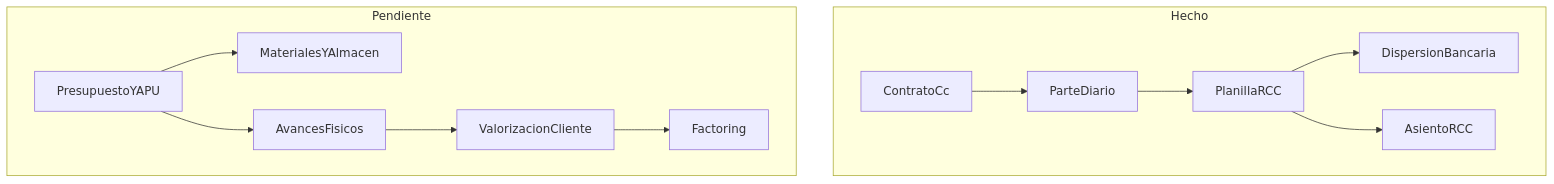
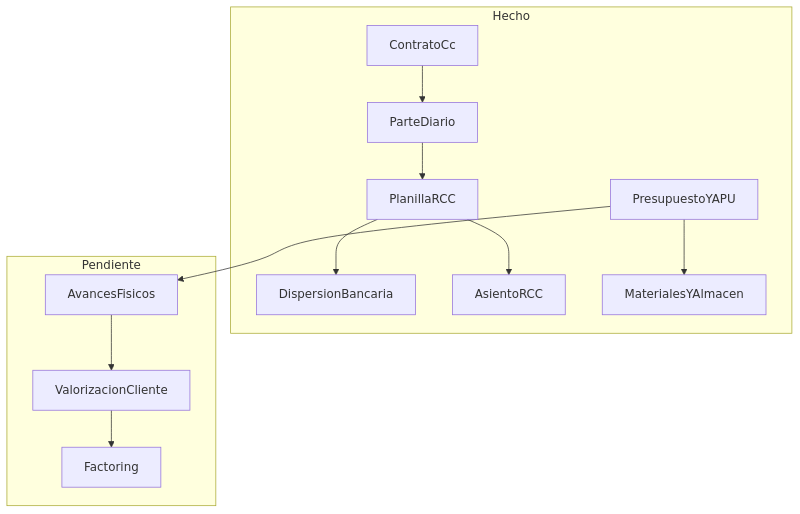
Before and after one commit to foreverLilRed/Convecsa-ERP: the second of 4 diagrams in docs/proyectos/seguimiento-proyectos.md, drawn with Mermaid. The commit also changed other lines of this file and 95 other files, not shown here.

Commit message:
feat: implementa funcionalidades para la gestión de presupuestos y almacenes en proyectos, incluyendo métodos para crear y gestionar versiones de presupuesto, así como operaciones para materiales y ajustes de almacén, mejorando la interfaz de usuario y la navegación en el módulo de proyectos

````diff
--- a/docs/proyectos/seguimiento-proyectos.md
+++ b/docs/proyectos/seguimiento-proyectos.md
@@ -44,15 +44,16 @@
 ```mermaid
 flowchart TB
   subgraph hecho [Hecho]
     Contrato[ContratoCc] --> Tareo[ParteDiario]
     Tareo --> Planilla[PlanillaRCC]
     Planilla --> Dispersion[DispersionBancaria]
     Planilla --> Asiento[AsientoRCC]
+    Presupuesto[PresupuestoYAPU]
+    Presupuesto --> Materiales[MaterialesYAlmacen]
   end
   subgraph pendiente [Pendiente]
-    Presupuesto[PresupuestoYAPU] --> Materiales[MaterialesYAlmacen]
     Presupuesto --> Avances[AvancesFisicos]
     Avances --> Valorizacion[ValorizacionCliente]
     Valorizacion --> Factoring[Factoring]
   end
 ```
````
